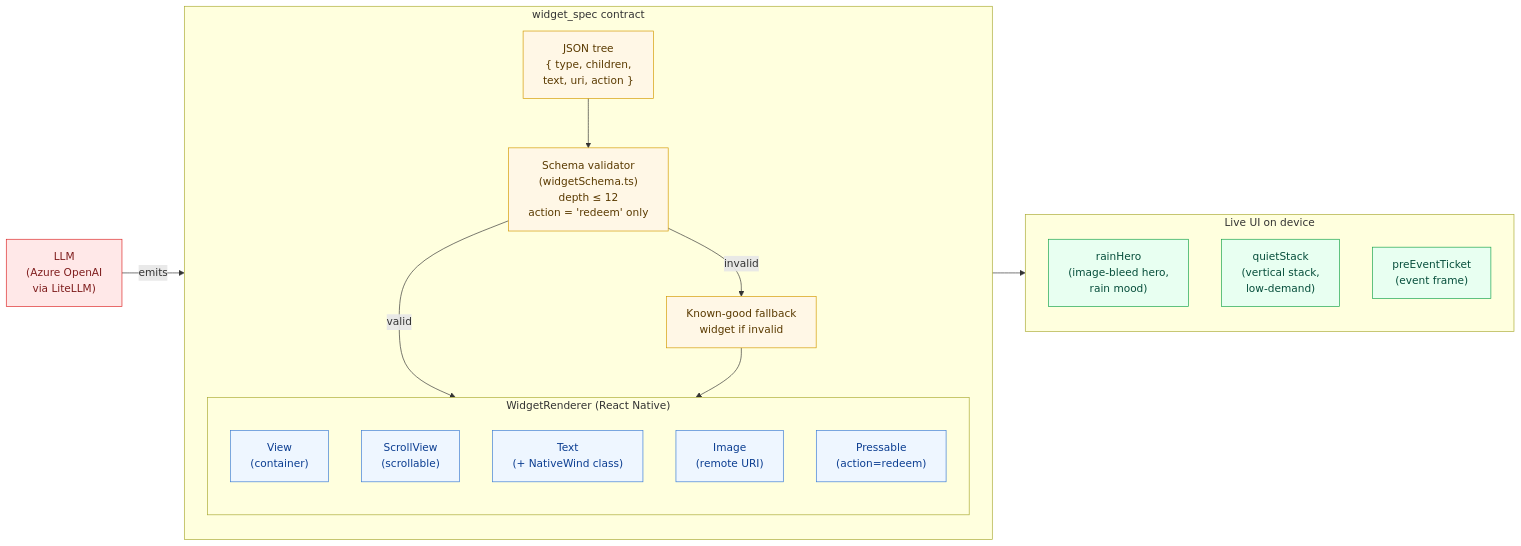
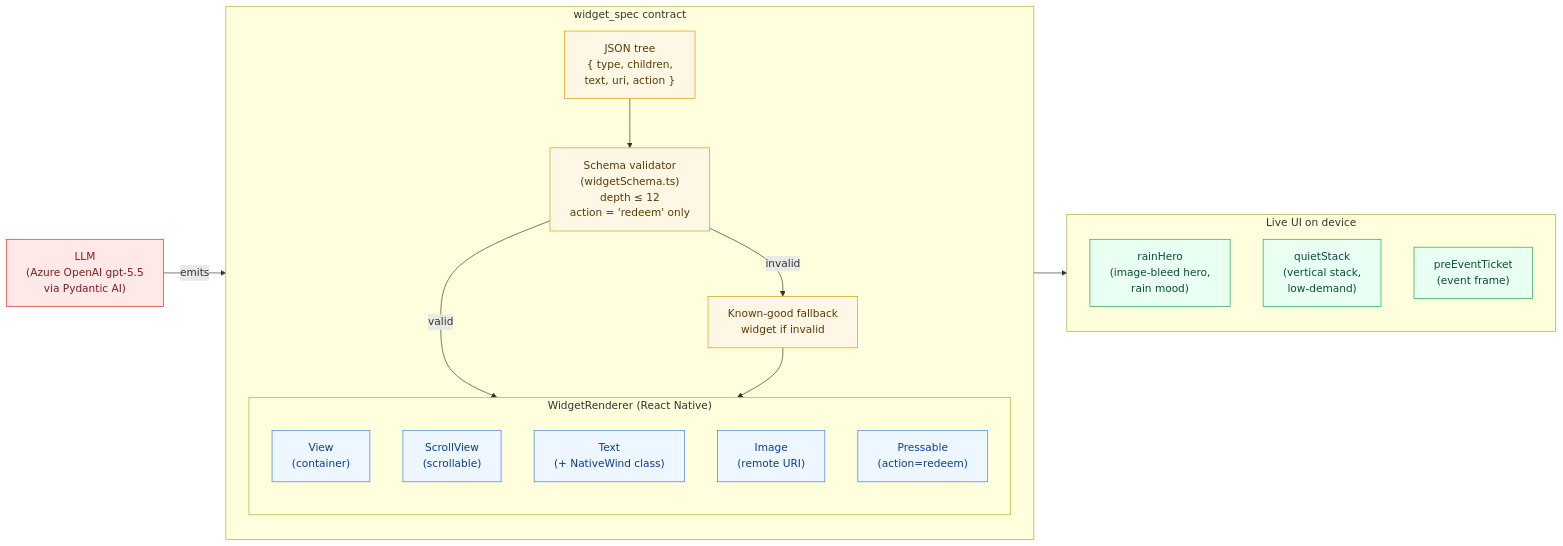
The fourth of 5 diagrams in assets/architecture-diagrams.md (mmtftr/momentmarkt), drawn with Mermaid before and after one commit. The commit also changed 1 other file, not shown here.

Commit message:
Docs: scrub LiteLLM from architecture-diagrams + demo-day runthrough (#83) (#85)
Two judge-visible docs still pointed at the old LiteLLM gateway path. The
backend actually runs Pydantic AI structured agents against Azure OpenAI
(gpt-5.5 via the rapidata-hackathon-resource deployment); LiteLLM is no
longer in apps/backend/pyproject.toml deps. PR #82 fixed work/SPEC.md,
apps/backend/README.md, and CLAUDE.md — this finishes the user-facing pair.

- assets/architecture-diagrams.md: GenUI pipeline LLM node now reads
  "Azure OpenAI gpt-5.5 via Pydantic AI" (was "Azure OpenAI via LiteLLM").
- assets/demo-day/runthrough.md: Beat A visual + spoken script + hover
  cue now name Pydantic AI instead of LiteLLM, with explicit gpt-5.5.

Out of scope per issue body: the 4 historical context/ docs and the
spec-v05 re-lock.

````diff
--- a/assets/architecture-diagrams.md
+++ b/assets/architecture-diagrams.md
@@ -159,43 +159,43 @@
 ```mermaid
 flowchart LR
-  LLM["LLM\n(Azure OpenAI\nvia LiteLLM)"]
+  LLM["LLM\n(Azure OpenAI gpt-5.5\nvia Pydantic AI)"]
 
   subgraph CONTRACT["widget_spec contract"]
     direction TB
     JSON["JSON tree\n{ type, children,\n  text, uri, action }"]
     SCHEMA["Schema validator\n(widgetSchema.ts)\ndepth ≤ 12\naction = 'redeem' only"]
     FALLBACK["Known-good fallback\nwidget if invalid"]
     JSON --> SCHEMA
     SCHEMA -- "valid" --> RENDER
     SCHEMA -- "invalid" --> FALLBACK
     FALLBACK --> RENDER
   end
 
   subgraph RENDER["WidgetRenderer (React Native)"]
     direction TB
     VIEW["View\n(container)"]
     SCROLL["ScrollView\n(scrollable)"]
     TEXT["Text\n(+ NativeWind class)"]
     IMG["Image\n(remote URI)"]
     PRESS["Pressable\n(action=redeem)"]
   end
 
   subgraph OUTPUT["Live UI on device"]
     RAIN["rainHero\n(image-bleed hero,\nrain mood)"]
     QUIET["quietStack\n(vertical stack,\nlow-demand)"]
     EVENT["preEventTicket\n(event frame)"]
   end
 
   LLM -- "emits" --> JSON
   RENDER --> OUTPUT
 
   classDef llm fill:#ffe8e8,stroke:#dc2626,color:#7f1d1d;
   classDef contract fill:#fff7e6,stroke:#d39a00,color:#5a3a00;
   classDef prim fill:#eef6ff,stroke:#3a7bd5,color:#0b3d91;
   classDef out fill:#e8fff1,stroke:#16a34a,color:#064e3b;
 
   class LLM llm;
   class JSON,SCHEMA,FALLBACK contract;
   class VIEW,SCROLL,TEXT,IMG,PRESS prim;
   class RAIN,QUIET,EVENT out;
 ```
````
